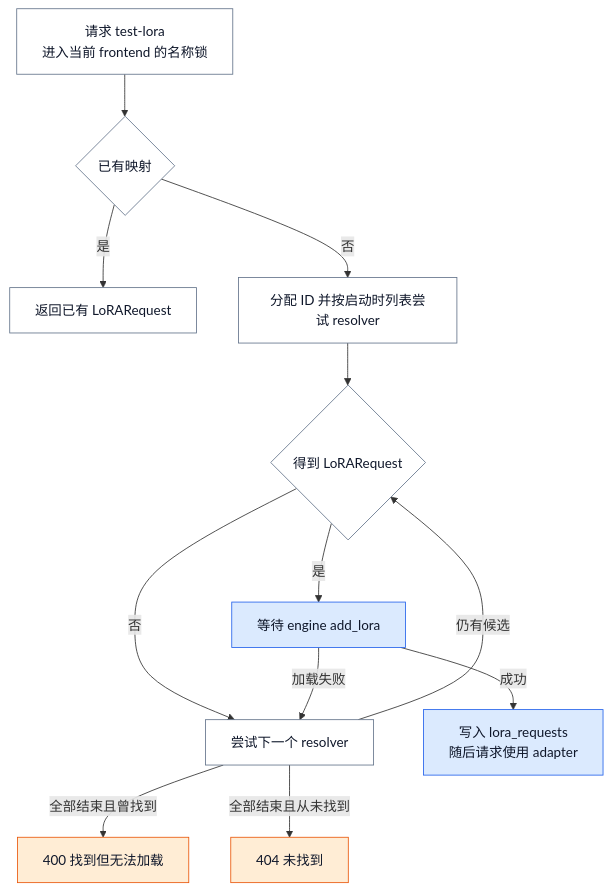
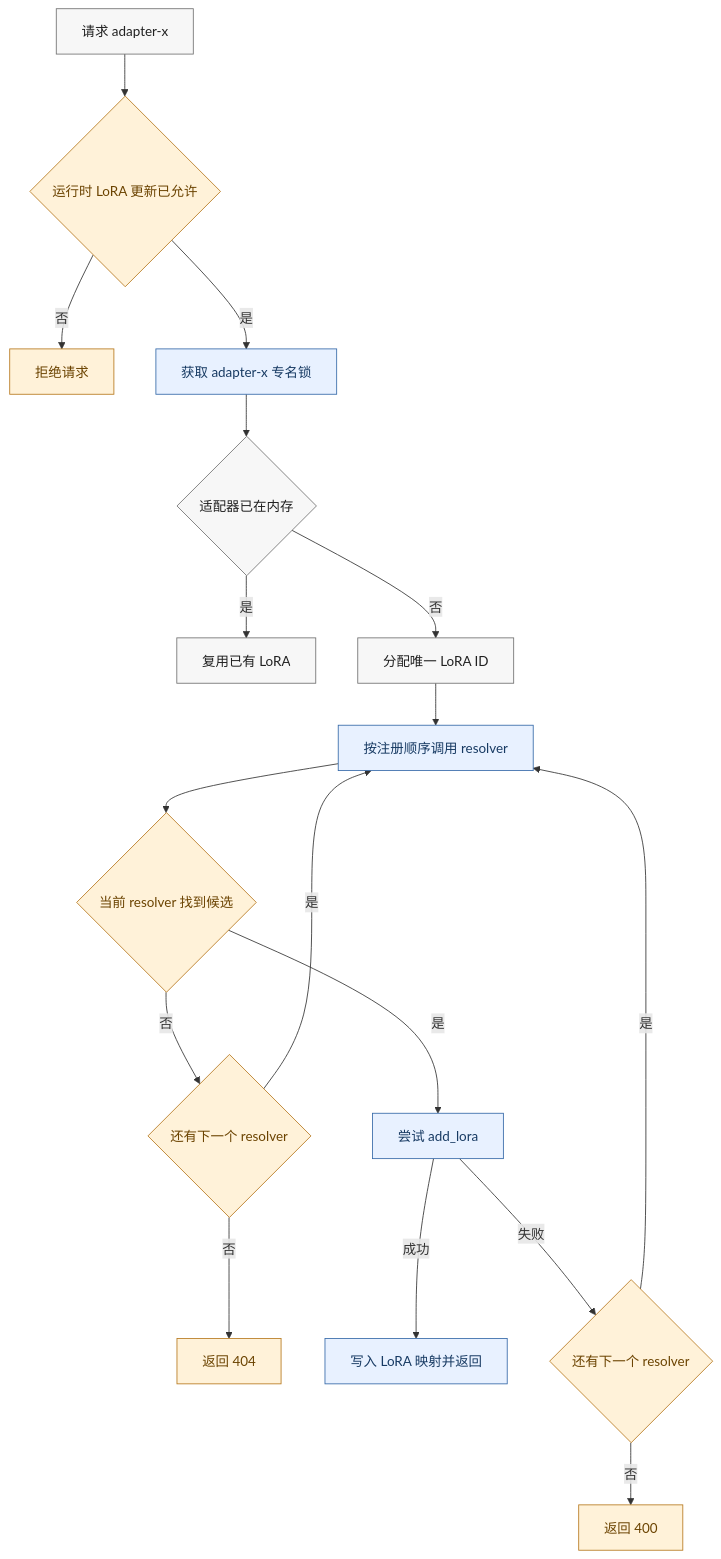
Before and after one commit to suhaibo666/llm-knowledge: the third of 3 diagrams in wiki/02_engineering/03_infer_frameworks/vllm/24_vllm_extension_plugin_system_analysis.md, drawn with Mermaid. The commit also changed other lines of this file and 11 other files, not shown here.

````diff
--- a/wiki/02_engineering/03_infer_frameworks/vllm/24_vllm_extension_plugin_system_analysis.md
+++ b/wiki/02_engineering/03_infer_frameworks/vllm/24_vllm_extension_plugin_system_analysis.md
@@ -110,19 +143,25 @@
 ```mermaid
 flowchart TB
-  R["请求 test-lora<br/>进入当前 frontend 的名称锁"] --> C{"已有映射"}
-  C -->|是| O["返回已有 LoRARequest"]
-  C -->|否| N["分配 ID 并按启动时列表尝试 resolver"]
-  N --> A{"得到 LoRARequest"}
-  A -->|否| Next["尝试下一个 resolver"]
-  A -->|是| E["等待 engine add_lora"]
-  E -->|成功| P["写入 lora_requests<br/>随后请求使用 adapter"]
-  E -->|加载失败| Next
-  Next -->|仍有候选| A
-  Next -->|全部结束且曾找到| F["400 找到但无法加载"]
-  Next -->|全部结束且从未找到| M["404 未找到"]
-  classDef default fill:#ffffff,stroke:#64748b,color:#0f172a
-  classDef acc1 fill:#dbeafe,stroke:#2563eb,color:#0f172a
-  classDef acc2 fill:#ffedd5,stroke:#ea580c,color:#0f172a
-  class E,P acc1
-  class F,M acc2
+    A["请求 adapter-x"] --> B{"运行时 LoRA 更新已允许"}
+    B -->|否| X["拒绝请求"]
+    B -->|是| C["获取 adapter-x 专名锁"]
+    C --> D{"适配器已在内存"}
+    D -->|是| Y["复用已有 LoRA"]
+    D -->|否| E["分配唯一 LoRA ID"]
+    E --> F["按注册顺序调用 resolver"]
+    F --> G{"当前 resolver 找到候选"}
+    G -->|否| H{"还有下一个 resolver"}
+    H -->|是| F
+    H -->|否| N["返回 404"]
+    G -->|是| I["尝试 add_lora"]
+    I -->|成功| J["写入 LoRA 映射并返回"]
+    I -->|失败| K{"还有下一个 resolver"}
+    K -->|是| F
+    K -->|否| R["返回 400"]
+
+    classDef default fill:#f7f7f7,stroke:#707070,color:#202020
+    classDef acc1 fill:#e8f1ff,stroke:#3569a8,color:#173a63
+    classDef acc2 fill:#fff2d9,stroke:#b7791f,color:#6b4300
+    class C,F,I,J acc1
+    class B,G,H,K,X,N,R acc2
 ```
````
